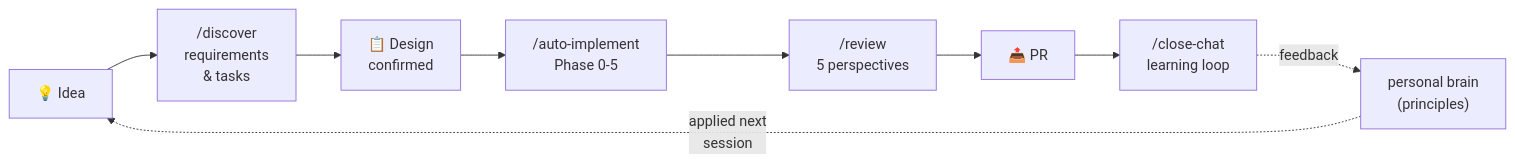
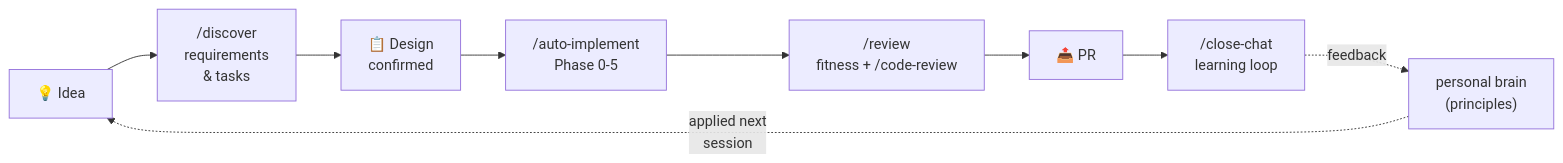
The fourth of 5 diagrams in README.md (SideMountain/claude-code-sidekick), drawn with Mermaid before and after one commit. The commit also changed other lines of this file and 23 other files, not shown here.

````diff
--- a/README.md
+++ b/README.md
@@ -298,11 +298,11 @@
 ```mermaid
 flowchart LR
     Idea["💡 Idea"] --> D["/discover<br/>requirements<br/>& tasks"]
     D --> Design["📋 Design<br/>confirmed"]
     Design --> AI["/auto-implement<br/>Phase 0-5"]
-    AI --> R["/review<br/>5 perspectives"]
+    AI --> R["/review<br/>fitness + /code-review"]
     R --> PR["📤 PR"]
     PR --> CC["/close-chat<br/>learning loop"]
     CC -.->|"feedback"| TH["personal brain<br/>(principles)"]
     TH -.->|"applied next<br/>session"| Idea
 ```
````
